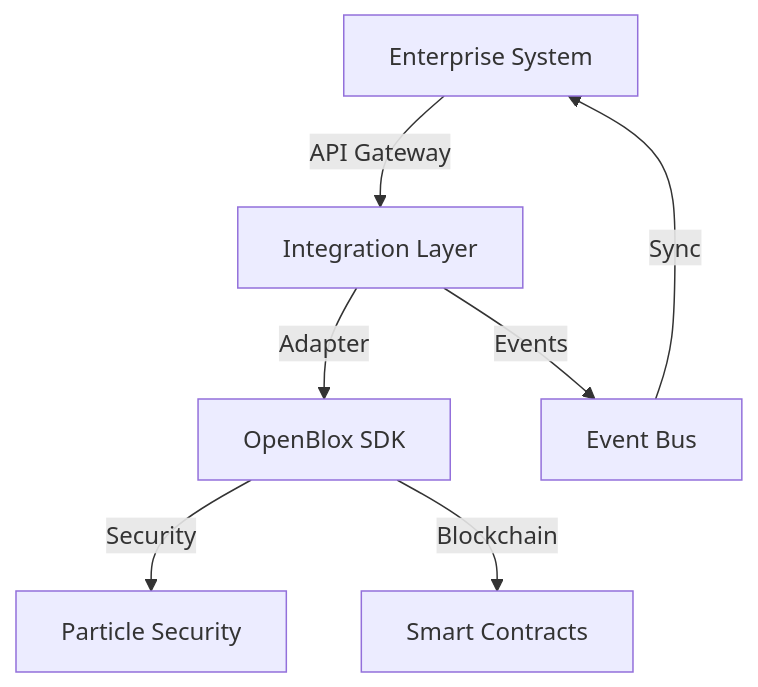
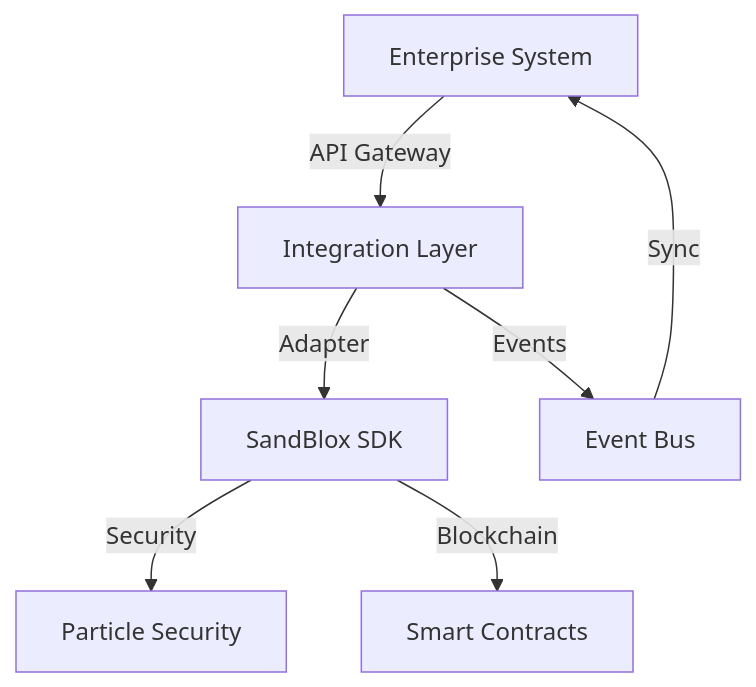
Before and after one commit to PracticalParticle/Sandblox: the diagram in public/docs/integrating-existing-systems.md, drawn with Mermaid. The commit also changed other lines of this file and 25 other files, not shown here.

Commit message:
rename project to SandBlox

````diff
--- a/public/docs/integrating-existing-systems.md
+++ b/public/docs/integrating-existing-systems.md
@@ -14,9 +14,9 @@
 ```mermaid
 graph TD
     A[Enterprise System] -->|API Gateway| B[Integration Layer]
-    B -->|Adapter| C[OpenBlox SDK]
+    B -->|Adapter| C[SandBlox SDK]
     C -->|Security| D[Particle Security]
     C -->|Blockchain| E[Smart Contracts]
     B -->|Events| F[Event Bus]
     F -->|Sync| A
 ```
````
